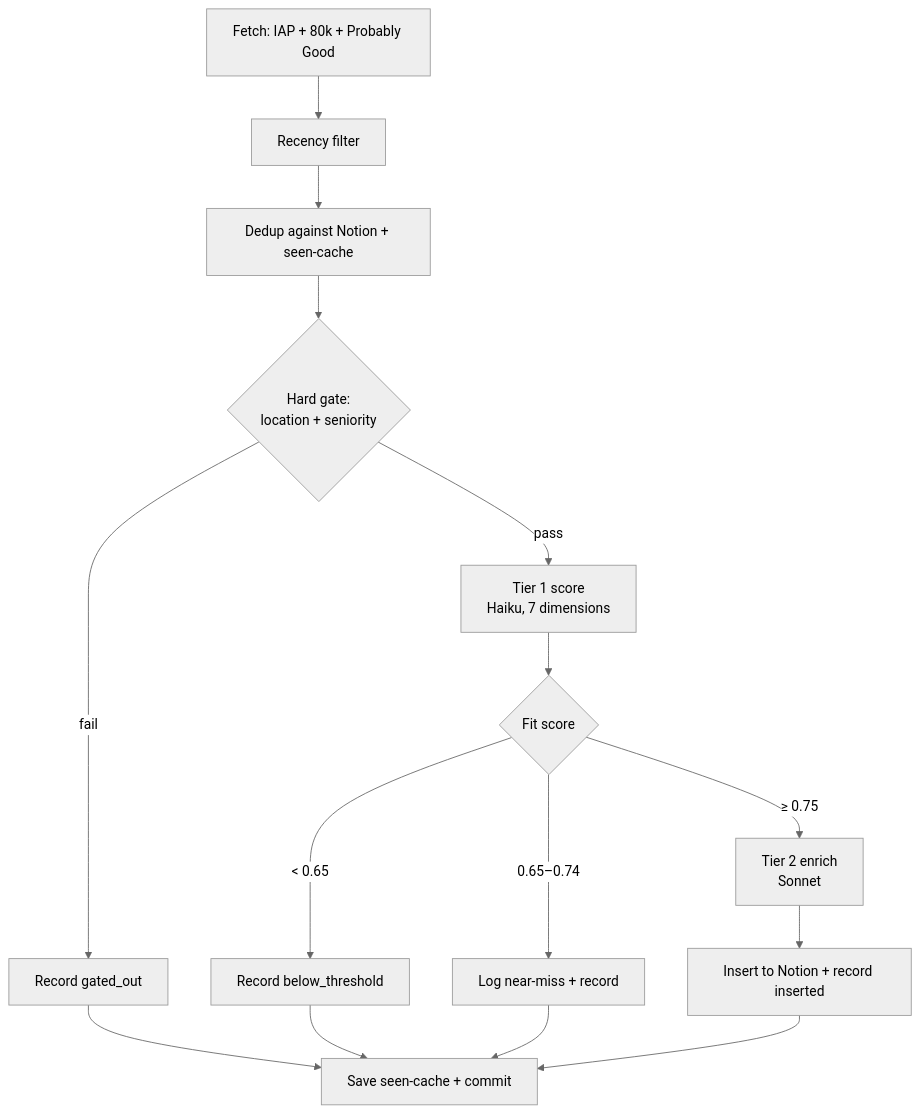
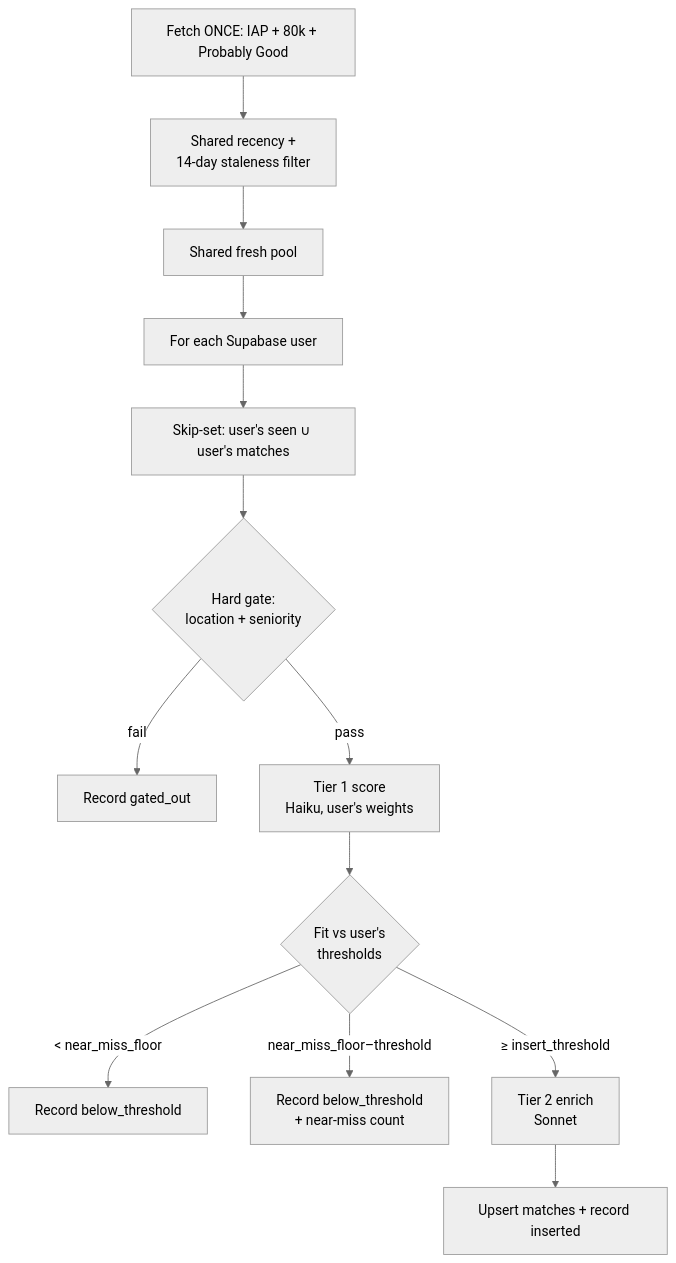
Before and after one commit to KJSigurdson/job_evaluator: the diagram in README.md, drawn with Mermaid (neutral theme). The commit also changed other lines of this file and 27 other files, not shown here.

First line of the commit message:
Adapt to updated Supabase schema; add one-off single-user runs with quota tracking

````diff
--- a/README.md
+++ b/README.md
@@ -11,17 +11,15 @@
 ```mermaid
 flowchart TD
-    A[Fetch: IAP + 80k + Probably Good] --> B[Recency filter]
-    B --> C[Dedup against Notion + seen-cache]
-    C --> D{Hard gate:<br/>location + seniority}
-    D -->|fail| E[Record gated_out]
-    D -->|pass| F[Tier 1 score<br/>Haiku, 7 dimensions]
-    F --> G{Fit score}
-    G -->|< 0.65| H[Record below_threshold]
-    G -->|0.65–0.74| I[Log near-miss + record]
-    G -->|≥ 0.75| J[Tier 2 enrich<br/>Sonnet]
-    J --> K[Insert to Notion + record inserted]
-    E --> L[Save seen-cache + commit]
-    H --> L
-    I --> L
-    K --> L
+    A[Fetch ONCE: IAP + 80k + Probably Good] --> B[Shared recency +<br/>14-day staleness filter]
+    B --> C[Shared fresh pool]
+    C --> D[For each Supabase user]
+    D --> E[Skip-set: user's seen ∪ user's matches]
+    E --> F{Hard gate:<br/>location + seniority}
+    F -->|fail| G[Record gated_out]
+    F -->|pass| H[Tier 1 score<br/>Haiku, user's weights]
+    H --> I{Fit vs user's<br/>thresholds}
+    I -->|< near_miss_floor| J[Record below_threshold]
+    I -->|near_miss_floor–threshold| K[Record below_threshold<br/>+ near-miss count]
+    I -->|≥ insert_threshold| L[Tier 2 enrich<br/>Sonnet]
+    L --> M[Upsert matches + record inserted]
 ```
````
